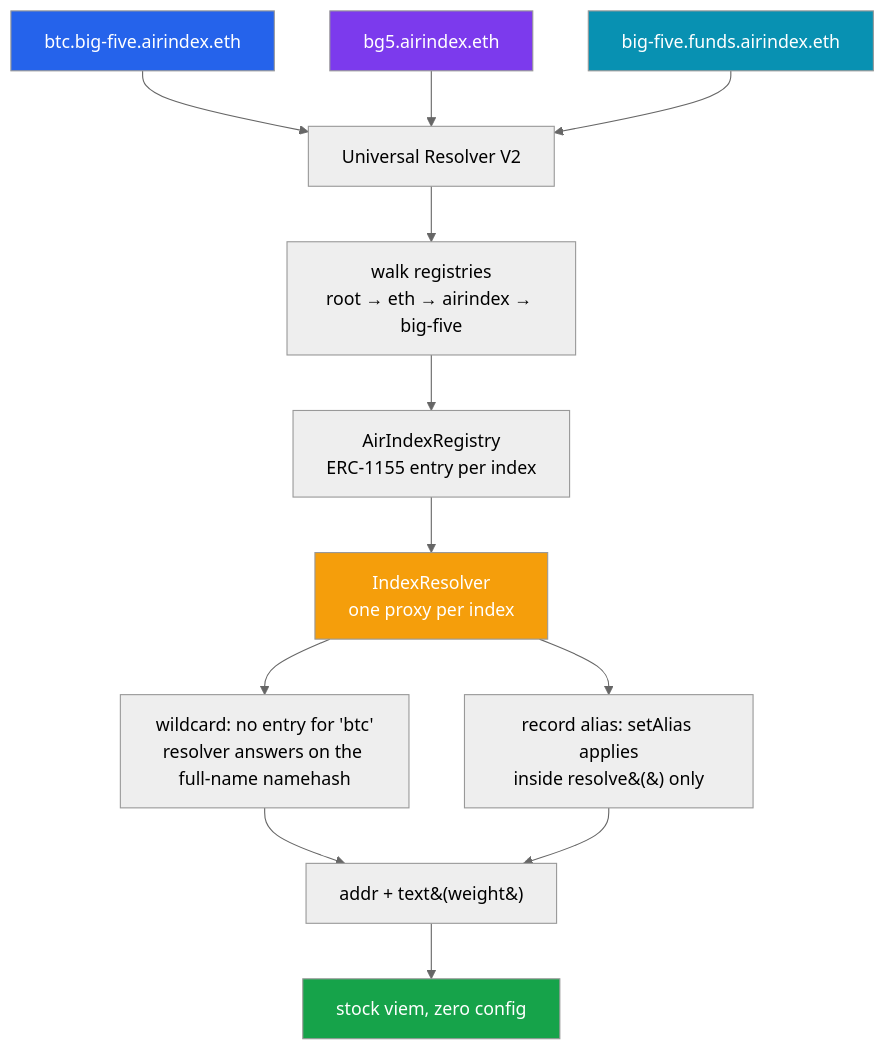
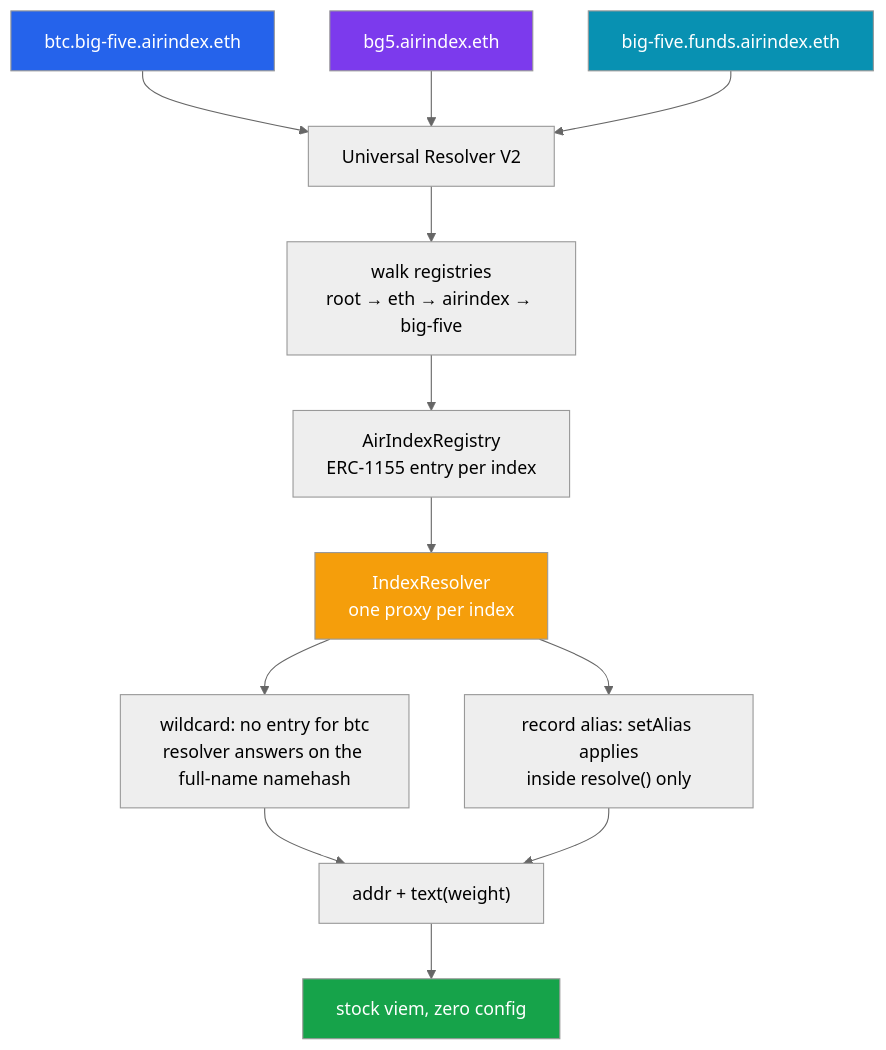
One commit to 0xpochita/air-index changed the second of 2 diagrams in README.md. Above: the diagram before and after it, drawn with Mermaid (neutral theme).

Commit message:
fix(docs): quote the mermaid node labels
The resolution diagram failed to parse on GitHub. Unquoted labels
carrying HTML entities decode before the grammar sees them, so
OUT[addr + text&#40;weight&#41;] became a bare paren mid-label and the
parser stopped at line 13.

Quoting every label lets the parens through literally and drops the
entity escaping entirely. Both diagrams now render — checked by running
mermaid-cli over the blocks extracted from this file rather than by
reading the grammar.

````diff
--- a/README.md
+++ b/README.md
@@ -230,23 +230,23 @@
 ```mermaid
 graph TD
-    NAME["btc.big-five.airindex.eth"] --> UR[Universal Resolver V2]
+    NAME["btc.big-five.airindex.eth"] --> UR["Universal Resolver V2"]
     ALIAS["bg5.airindex.eth"] --> UR
     MIRROR["big-five.funds.airindex.eth"] --> UR
 
-    UR --> WALK[walk registries<br/>root → eth → airindex → big-five]
-    WALK --> REG[AirIndexRegistry<br/>ERC-1155 entry per index]
-    REG --> RES[IndexResolver<br/>one proxy per index]
+    UR --> WALK["walk registries<br/>root → eth → airindex → big-five"]
+    WALK --> REG["AirIndexRegistry<br/>ERC-1155 entry per index"]
+    REG --> RES["IndexResolver<br/>one proxy per index"]
 
-    RES --> W["wildcard: no entry for 'btc'<br/>resolver answers on the full-name namehash"]
-    RES --> A["record alias: setAlias applies<br/>inside resolve&#40;&#41; only"]
+    RES --> W["wildcard: no entry for btc<br/>resolver answers on the full-name namehash"]
+    RES --> A["record alias: setAlias applies<br/>inside resolve() only"]
 
-    W --> OUT[addr + text&#40;weight&#41;]
+    W --> OUT["addr + text(weight)"]
     A --> OUT
     OUT --> VIEM["stock viem, zero config"]
 
     style NAME fill:#2563eb,color:#fff
     style ALIAS fill:#7c3aed,color:#fff
     style MIRROR fill:#0891b2,color:#fff
     style VIEM fill:#16a34a,color:#fff
     style RES fill:#f59e0b,color:#fff
 ```
````
